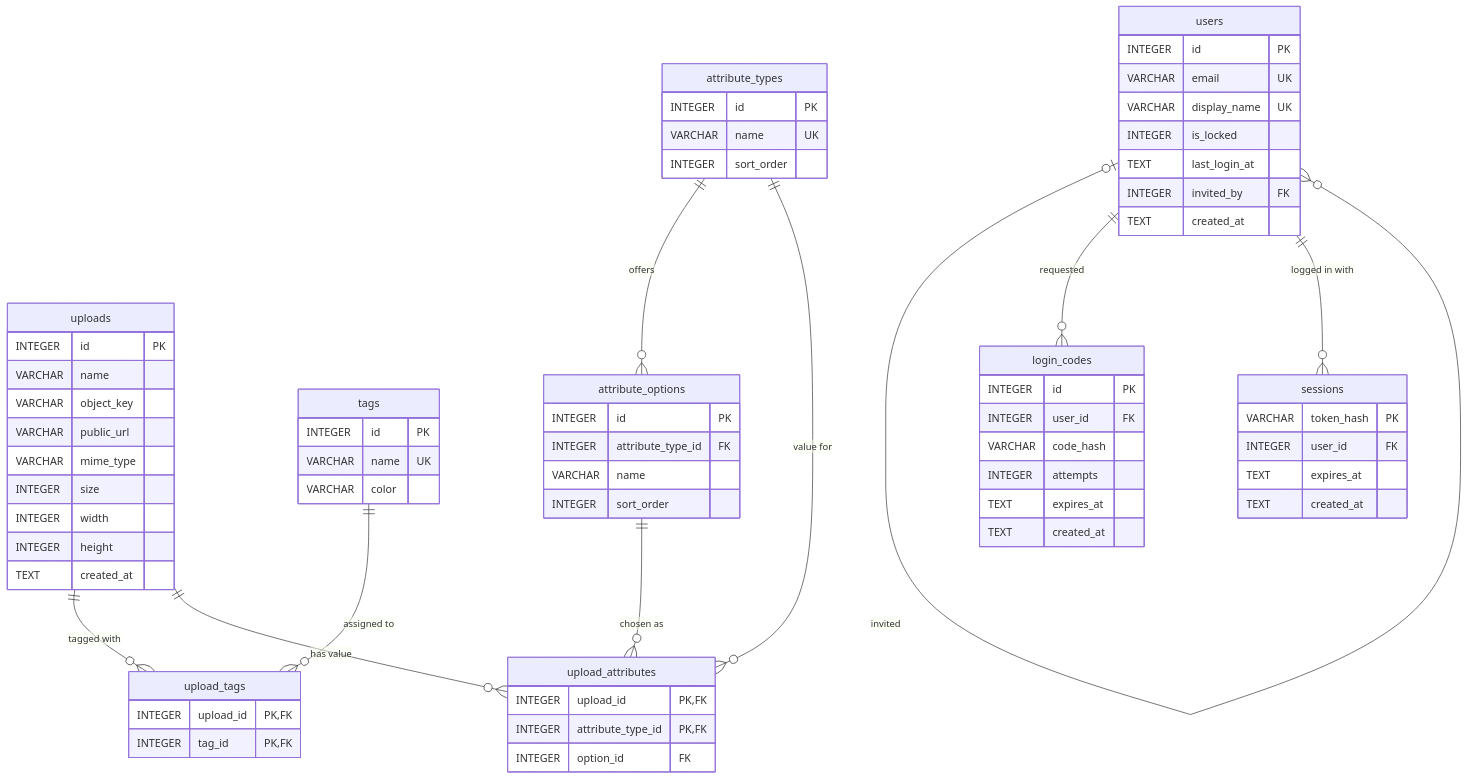
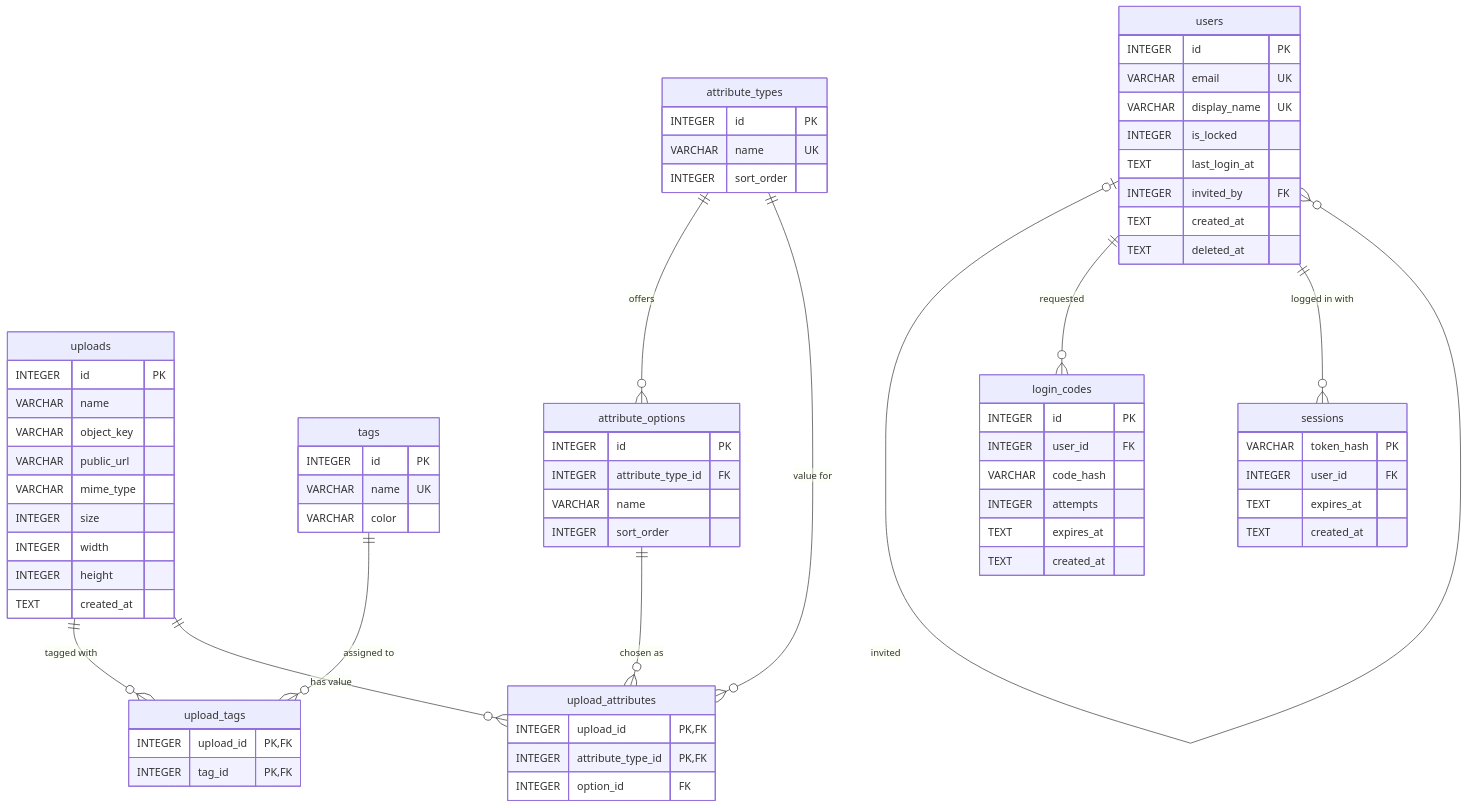
Before and after one commit to weedukind/muenzquell-galerie-admin: the diagram in app-node/docs/data-model.md, drawn with Mermaid. The commit also changed other lines of this file and 4 other files, not shown here.

````diff
--- a/app-node/docs/data-model.md
+++ b/app-node/docs/data-model.md
@@ -5,72 +5,73 @@
 ```mermaid
 erDiagram
     uploads ||--o{ upload_tags : "tagged with"
     tags ||--o{ upload_tags : "assigned to"
     uploads ||--o{ upload_attributes : "has value"
     attribute_types ||--o{ attribute_options : "offers"
     attribute_types ||--o{ upload_attributes : "value for"
     attribute_options ||--o{ upload_attributes : "chosen as"
     users |o--o{ users : "invited"
     users ||--o{ login_codes : "requested"
     users ||--o{ sessions : "logged in with"
 
     uploads {
         INTEGER id PK
         VARCHAR name
         VARCHAR object_key
         VARCHAR public_url
         VARCHAR mime_type
         INTEGER size
         INTEGER width
         INTEGER height
         TEXT created_at
     }
     tags {
         INTEGER id PK
         VARCHAR name UK
         VARCHAR color
     }
     upload_tags {
         INTEGER upload_id PK, FK
         INTEGER tag_id PK, FK
     }
     attribute_types {
         INTEGER id PK
         VARCHAR name UK
         INTEGER sort_order
     }
     attribute_options {
         INTEGER id PK
         INTEGER attribute_type_id FK
         VARCHAR name
         INTEGER sort_order
     }
     upload_attributes {
         INTEGER upload_id PK, FK
         INTEGER attribute_type_id PK, FK
         INTEGER option_id FK
     }
     users {
         INTEGER id PK
         VARCHAR email UK
         VARCHAR display_name UK
         INTEGER is_locked
         TEXT last_login_at
         INTEGER invited_by FK
         TEXT created_at
+        TEXT deleted_at
     }
     login_codes {
         INTEGER id PK
         INTEGER user_id FK
         VARCHAR code_hash
         INTEGER attempts
         TEXT expires_at
         TEXT created_at
     }
     sessions {
         VARCHAR token_hash PK
         INTEGER user_id FK
         TEXT expires_at
         TEXT created_at
     }
 ```
````
